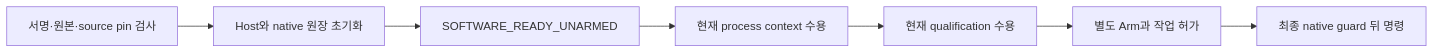
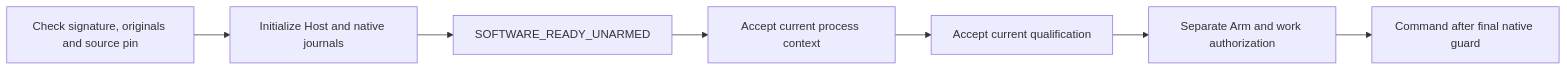
One commit to jack0682/rx-solutions changed the diagram in runtime/rx-host/DEVICE_PACKAGE_STARTUP.md. Above: the diagram before and after it, drawn with Mermaid. The commit also changed other lines of this file and 131 other files, not shown here.

````diff
--- a/runtime/rx-host/DEVICE_PACKAGE_STARTUP.md
+++ b/runtime/rx-host/DEVICE_PACKAGE_STARTUP.md
@@ -61,9 +61,9 @@
 ```mermaid
 flowchart LR
-    A[서명·원본·source pin 검사] --> B[Host와 native 원장 초기화]
+    A[Check signature, originals and source pin] --> B[Initialize Host and native journals]
     B --> C[SOFTWARE_READY_UNARMED]
-    C --> D[현재 process context 수용]
-    D --> E[현재 qualification 수용]
-    E --> F[별도 Arm과 작업 허가]
-    F --> G[최종 native guard 뒤 명령]
+    C --> D[Accept current process context]
+    D --> E[Accept current qualification]
+    E --> F[Separate Arm and work authorization]
+    F --> G[Command after final native guard]
 ```
````
